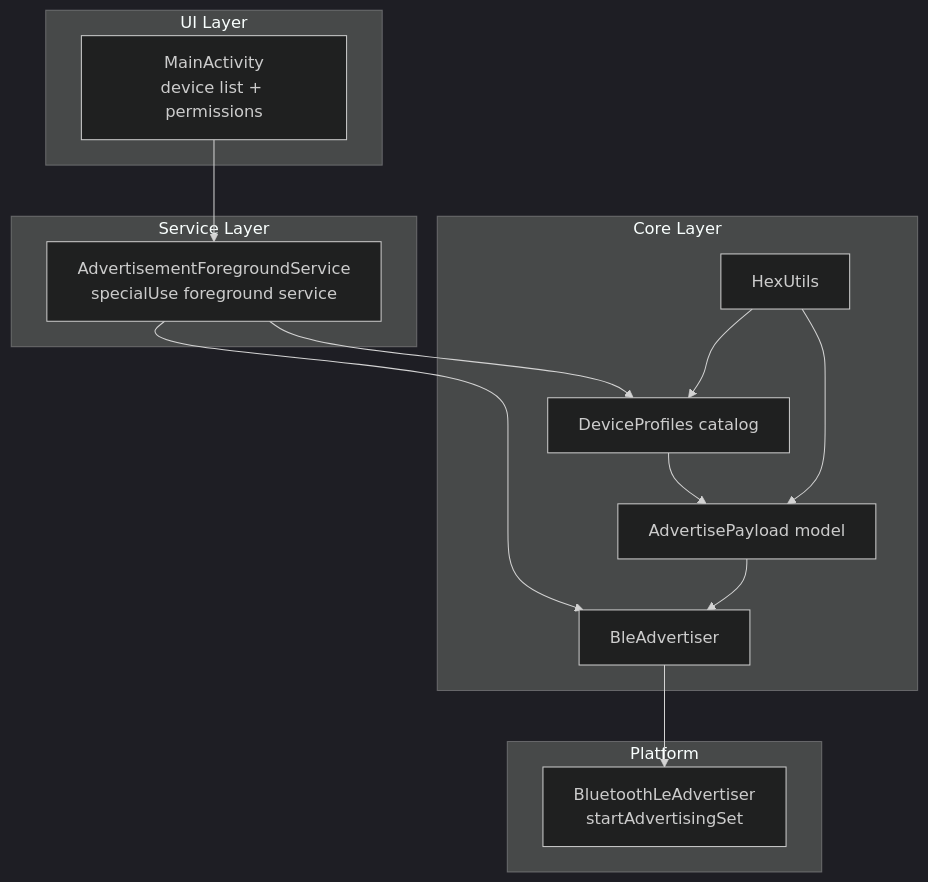
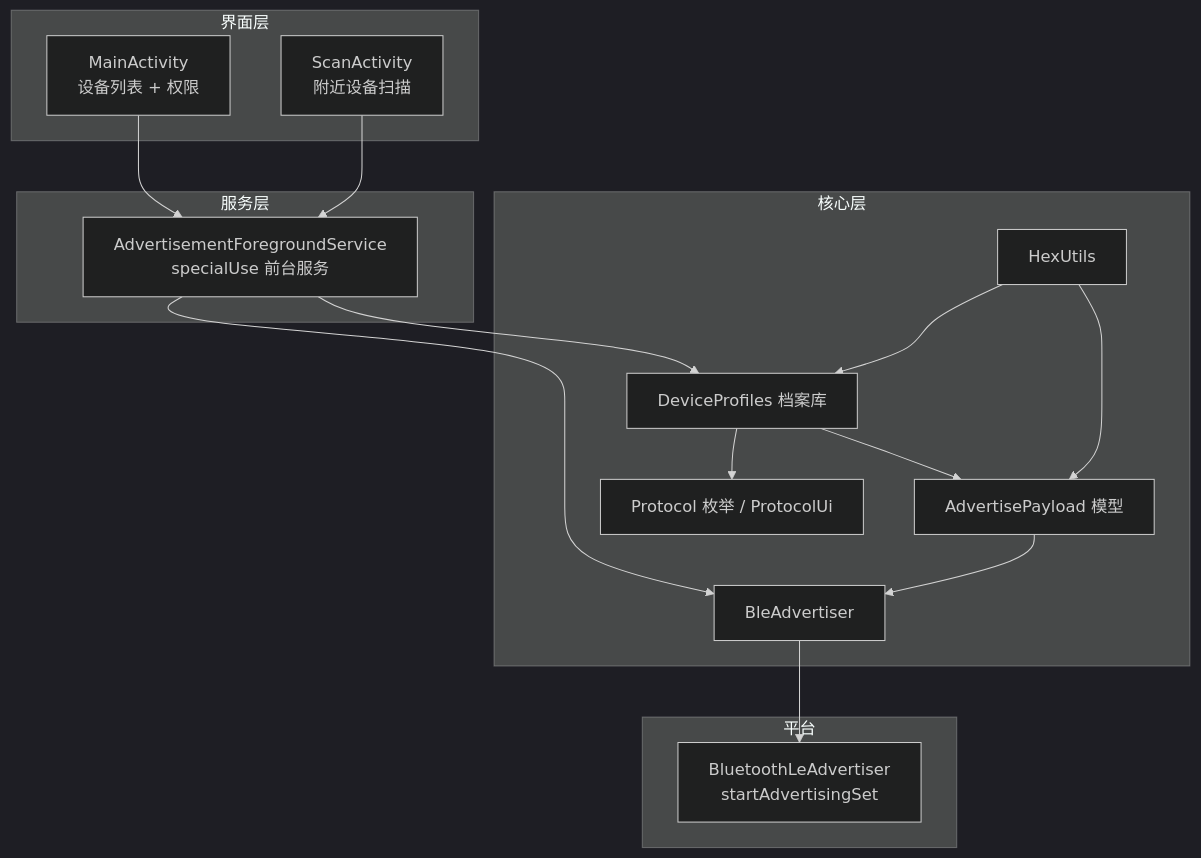
The second of 2 diagrams in README.md (LumePure/BLE-Advertise), drawn with Mermaid (dark theme) before and after one commit. The commit also changed other lines of this file and 41 other files, not shown here.

````diff
--- a/README.md
+++ b/README.md
@@ -97,26 +101,30 @@
 ```mermaid
 flowchart TB
-    subgraph UI Layer
-        A[MainActivity<br/>device list + permissions]
+    subgraph 界面层
+        A[MainActivity<br/>设备列表 + 权限]
+        H[ScanActivity<br/>附近设备扫描]
     end
-    subgraph Service Layer
-        B[AdvertisementForegroundService<br/>specialUse foreground service]
+    subgraph 服务层
+        B[AdvertisementForegroundService<br/>specialUse 前台服务]
     end
-    subgraph Core Layer
+    subgraph 核心层
         C[BleAdvertiser]
-        D[DeviceProfiles catalog]
-        E[AdvertisePayload model]
+        D[DeviceProfiles 档案库]
+        E[AdvertisePayload 模型]
         F[HexUtils]
+        I[Protocol 枚举 / ProtocolUi]
     end
-    subgraph Platform
+    subgraph 平台
         G[BluetoothLeAdvertiser<br/>startAdvertisingSet]
     end
     A --> B
+    H --> B
     B --> C
     B --> D
     D --> E
+    D --> I
     E --> C
     C --> G
     F --> D
     F --> E
 ```
````
